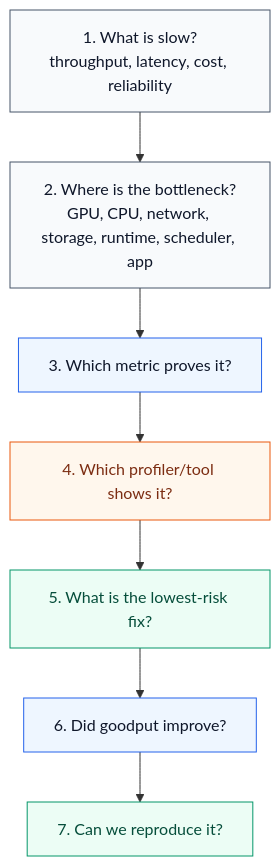
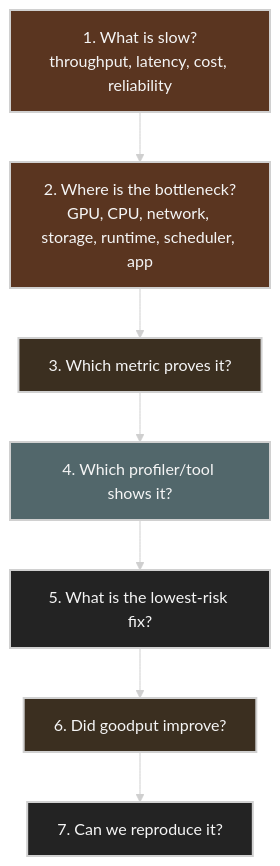
One commit to ziwon/ai-data-center-network changed the ninth of 9 diagrams in ai-system-performance-engineering/chap01/README.md. Above: the diagram before and after it, drawn with Mermaid. The commit also changed other lines of this file and 35 other files, not shown here.

Commit message:
docs(mermaid): apply dark diagram style

````diff
--- a/ai-system-performance-engineering/chap01/README.md
+++ b/ai-system-performance-engineering/chap01/README.md
@@ -531,17 +539,18 @@
 ```mermaid
+%%{init: {"theme": "base", "themeVariables": {"background": "#171717", "primaryColor": "#232323", "primaryTextColor": "#f5f5f5", "primaryBorderColor": "#d0d0d0", "lineColor": "#cfcfcf", "fontFamily": "Inter, Arial, sans-serif"}}}%%
 flowchart TB
-    classDef q fill:#f8fafc,stroke:#475569,color:#0f172a
-    classDef m fill:#eef6ff,stroke:#2563eb,color:#0f172a
-    classDef t fill:#fff7ed,stroke:#ea580c,color:#7c2d12
-    classDef f fill:#ecfdf5,stroke:#059669,color:#064e3b
+    classDef q fill:#5a3520,stroke:#d0d0d0,color:#f5f5f5,stroke-width:2px;
+    classDef m fill:#3b2f20,stroke:#d0d0d0,color:#f5f5f5,stroke-width:2px;
+    classDef t fill:#52676b,stroke:#d0d0d0,color:#f5f5f5,stroke-width:2px;
+    classDef f fill:#232323,stroke:#d0d0d0,color:#f5f5f5,stroke-width:2px;
 
     Q1[1. What is slow?<br/>throughput, latency, cost, reliability]:::q
     Q2[2. Where is the bottleneck?<br/>GPU, CPU, network, storage, runtime, scheduler, app]:::q
     Q3[3. Which metric proves it?]:::m
     Q4[4. Which profiler/tool shows it?]:::t
     Q5[5. What is the lowest-risk fix?]:::f
     Q6[6. Did goodput improve?]:::m
     Q7[7. Can we reproduce it?]:::f
 
     Q1 --> Q2 --> Q3 --> Q4 --> Q5 --> Q6 --> Q7
 ```
````
